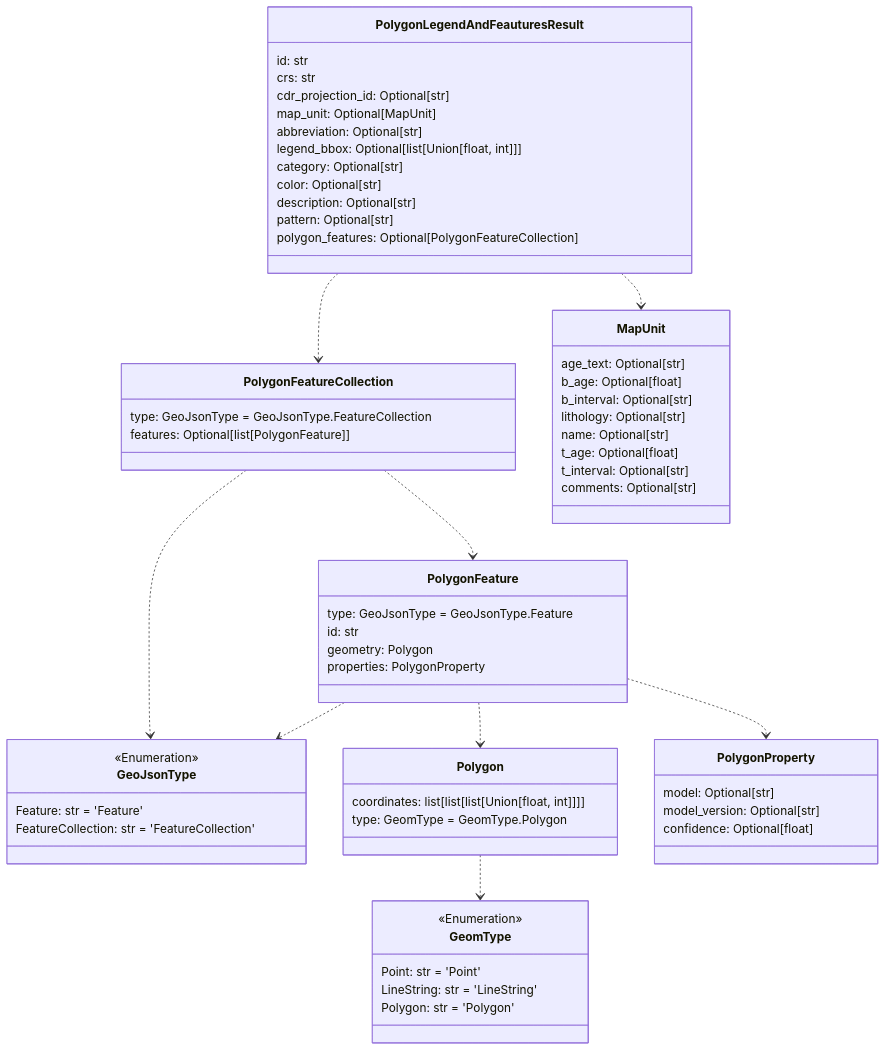
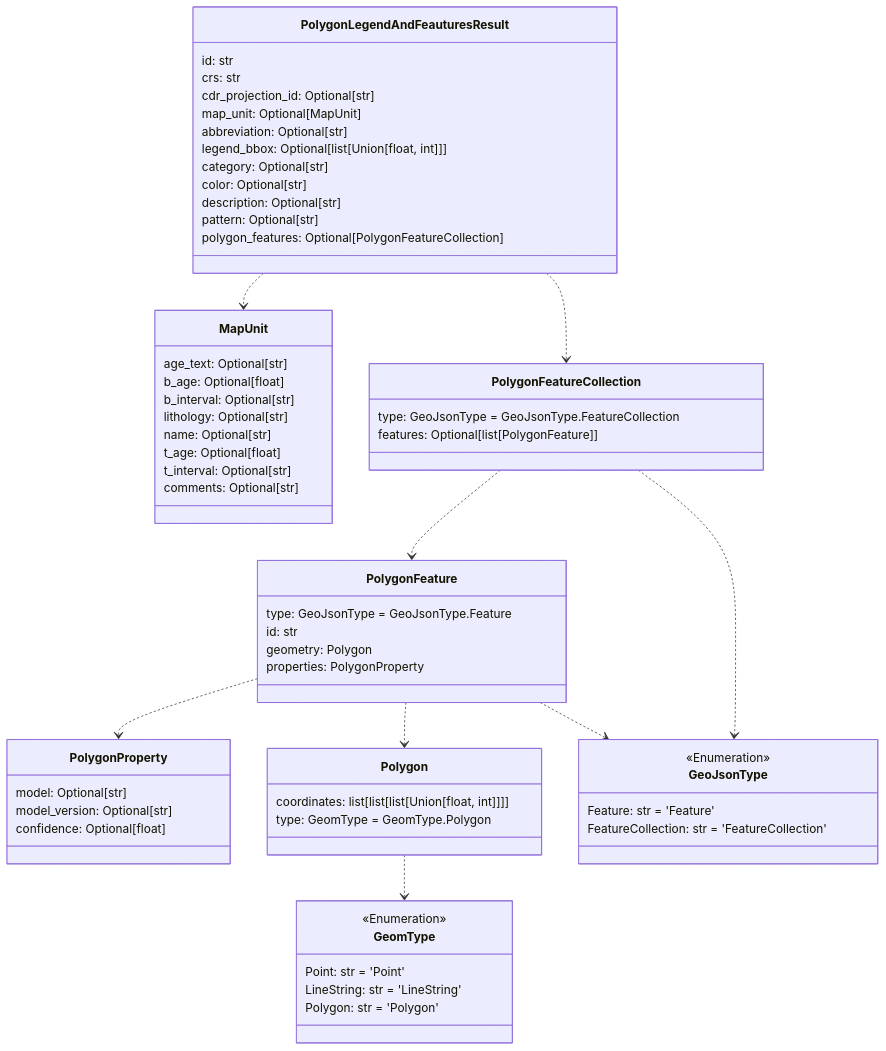
The seventh of 12 diagrams in README.md (DARPA-CRITICALMAAS/cdr_schemas), drawn with Mermaid before and after one commit. The commit also changed other lines of this file, not shown here.

````diff
--- a/README.md
+++ b/README.md
@@ -488,75 +488,75 @@
 ```mermaid
 classDiagram
-
-    class GeomType {
-        <<Enumeration>>
-        Point: str = 'Point'
-        LineString: str = 'LineString'
-        Polygon: str = 'Polygon'
-    }
-
-    class PolygonFeatureCollection {
-        type: GeoJsonType = GeoJsonType.FeatureCollection
-        features: Optional[list[PolygonFeature]]
-    }
-
-    class PolygonProperty {
-        model: Optional[str]
-        model_version: Optional[str]
-        confidence: Optional[float]
-    }
 
     class PolygonLegendAndFeauturesResult {
         id: str
         crs: str
         cdr_projection_id: Optional[str]
         map_unit: Optional[MapUnit]
         abbreviation: Optional[str]
         legend_bbox: Optional[list[Union[float, int]]]
         category: Optional[str]
         color: Optional[str]
         description: Optional[str]
         pattern: Optional[str]
         polygon_features: Optional[PolygonFeatureCollection]
     }
 
-    class GeoJsonType {
-        <<Enumeration>>
-        Feature: str = 'Feature'
-        FeatureCollection: str = 'FeatureCollection'
+    class PolygonProperty {
+        model: Optional[str]
+        model_version: Optional[str]
+        confidence: Optional[float]
+    }
+
+    class Polygon {
+        coordinates: list[list[list[Union[float, int]]]]
+        type: GeomType = GeomType.Polygon
     }
 
     class PolygonFeature {
         type: GeoJsonType = GeoJsonType.Feature
         id: str
         geometry: Polygon
         properties: PolygonProperty
-    }
-
-    class Polygon {
-        coordinates: list[list[list[Union[float, int]]]]
-        type: GeomType = GeomType.Polygon
     }
 
     class MapUnit {
         age_text: Optional[str]
         b_age: Optional[float]
         b_interval: Optional[str]
         lithology: Optional[str]
         name: Optional[str]
         t_age: Optional[float]
         t_interval: Optional[str]
         comments: Optional[str]
     }
 
+    class GeoJsonType {
+        <<Enumeration>>
+        Feature: str = 'Feature'
+        FeatureCollection: str = 'FeatureCollection'
+    }
+
+    class PolygonFeatureCollection {
+        type: GeoJsonType = GeoJsonType.FeatureCollection
+        features: Optional[list[PolygonFeature]]
+    }
+
+    class GeomType {
+        <<Enumeration>>
+        Point: str = 'Point'
+        LineString: str = 'LineString'
+        Polygon: str = 'Polygon'
+    }
+
     Polygon ..> GeomType
-    PolygonFeature ..> GeoJsonType
     PolygonFeature ..> Polygon
     PolygonFeature ..> PolygonProperty
+    PolygonFeature ..> GeoJsonType
+    PolygonFeatureCollection ..> PolygonFeature
     PolygonFeatureCollection ..> GeoJsonType
-    PolygonFeatureCollection ..> PolygonFeature
     PolygonLegendAndFeauturesResult ..> PolygonFeatureCollection
     PolygonLegendAndFeauturesResult ..> MapUnit
 
 
 ```
````
